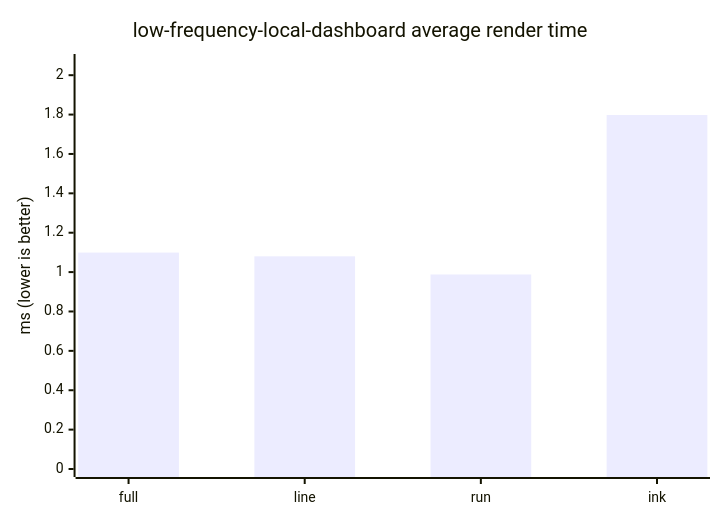
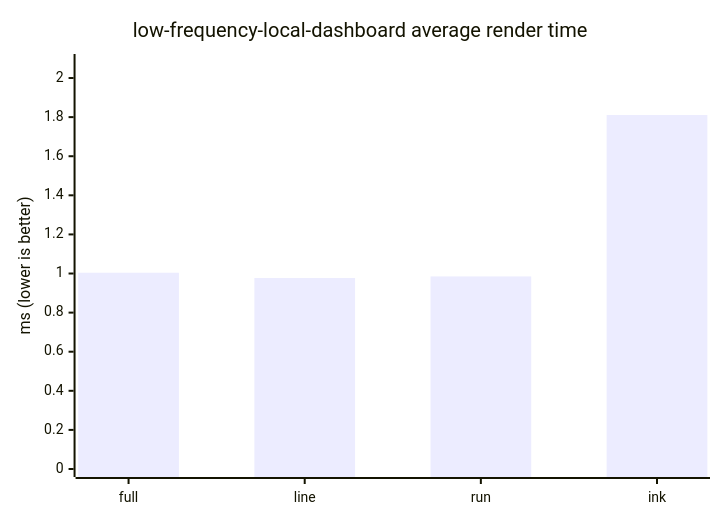
Before and after one commit to ByteLandTechnology/tinky: the first of 10 diagrams in docs/benchmark.md, drawn with Mermaid. The commit also changed other lines of this file and 3 other files, not shown here.

````diff
--- a/docs/benchmark.md
+++ b/docs/benchmark.md
@@ -52,7 +52,7 @@
 ```mermaid
 xychart-beta
     title "low-frequency-local-dashboard average render time"
     x-axis ["full", "line", "run", "ink"]
-    y-axis "ms (lower is better)" 0 --> 2.067
-    bar [1.099, 1.08, 0.988, 1.798]
+    y-axis "ms (lower is better)" 0 --> 2.082
+    bar [1.004, 0.977, 0.985, 1.811]
 ```
````
